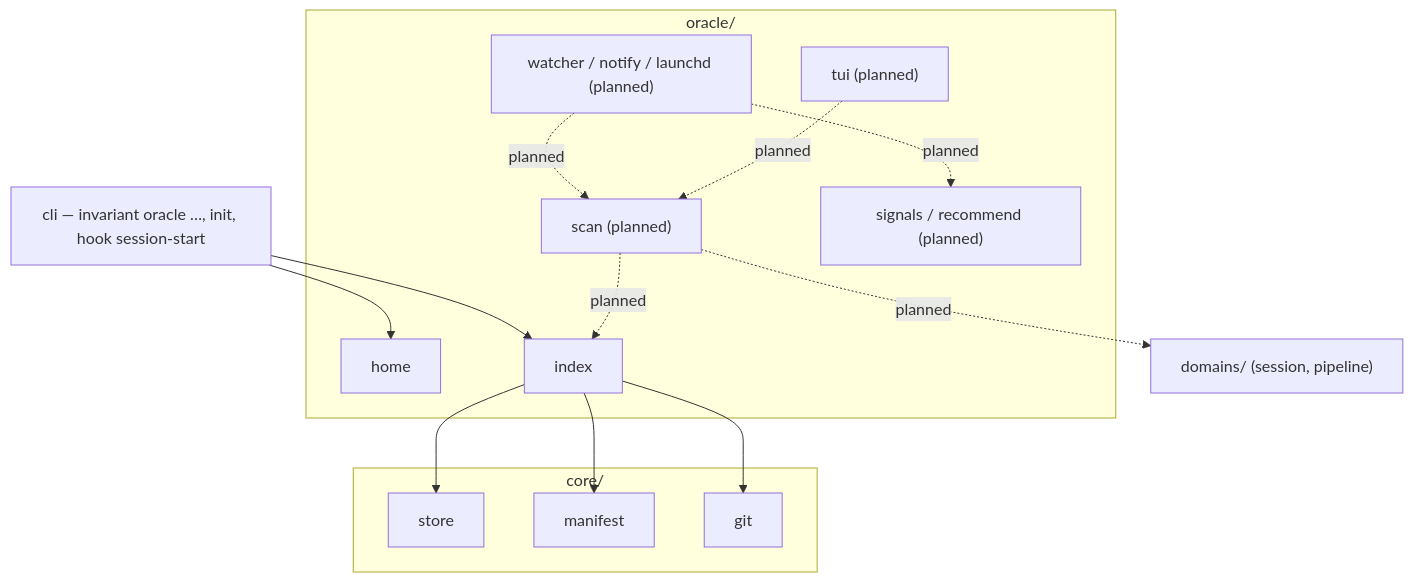
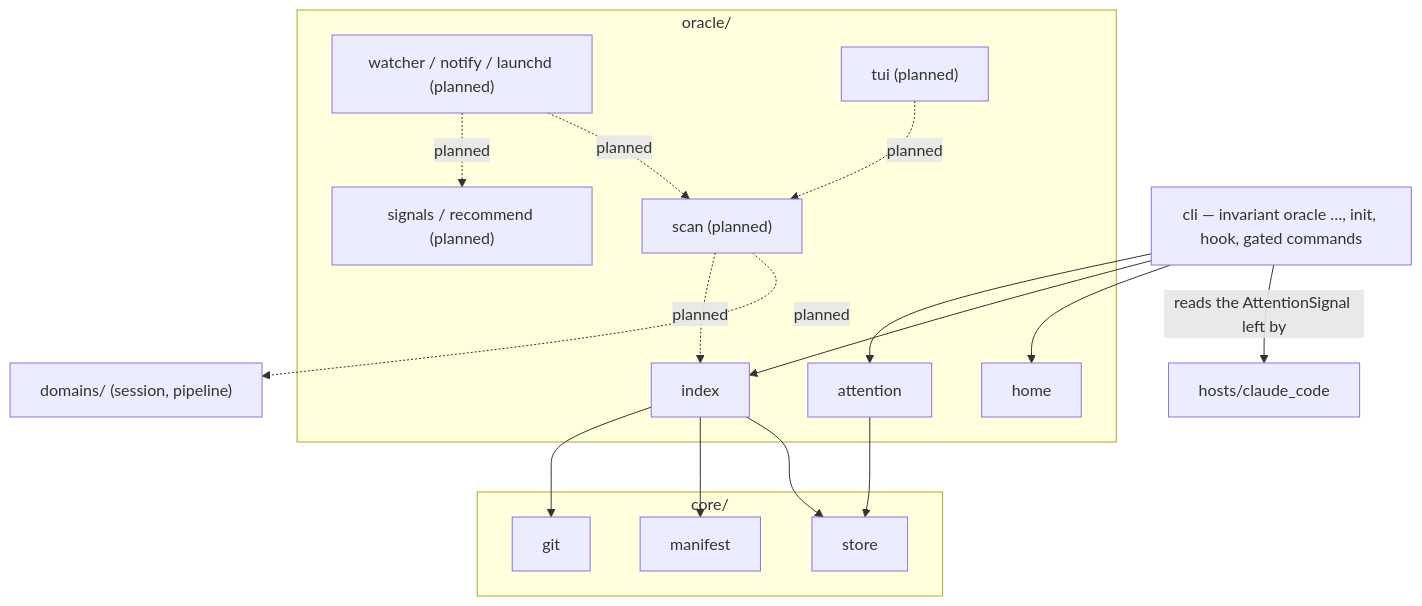
One commit to Mindchallenges/Invariant changed the diagram in docs/architecture/oracle.md. Above: the diagram before and after it, drawn with Mermaid. The commit also changed other lines of this file and 13 other files, not shown here.

First line of the commit message:
oracle - attention sidecar and Notification hook (IDEA_012 inc 2)

````diff
--- a/docs/architecture/oracle.md
+++ b/docs/architecture/oracle.md
@@ -24,32 +24,37 @@
 ```mermaid
 graph TD
-    CLI[cli — invariant oracle …, init, hook session-start]
+    CLI[cli — invariant oracle …, init, hook, gated commands]
+    HOST["hosts/claude_code"]
 
     subgraph oracle["oracle/"]
         HOME[home]
         INDEX[index]
+        ATTN[attention]
         SCAN["scan (planned)"]
         SIGNALS["signals / recommend (planned)"]
         WATCH["watcher / notify / launchd (planned)"]
         TUI["tui (planned)"]
     end
 
     subgraph core["core/"]
         STORE[store]
         MANIFEST[manifest]
         GIT[git]
     end
 
     DOMAINS["domains/ (session, pipeline)"]
 
     CLI --> HOME
     CLI --> INDEX
+    CLI --> ATTN
+    CLI -- reads the AttentionSignal left by --> HOST
+    ATTN --> STORE
     INDEX --> STORE
     INDEX --> MANIFEST
     INDEX --> GIT
     SCAN -. planned .-> DOMAINS
     SCAN -. planned .-> INDEX
     WATCH -. planned .-> SCAN
     WATCH -. planned .-> SIGNALS
     TUI -. planned .-> SCAN
 ```
````
